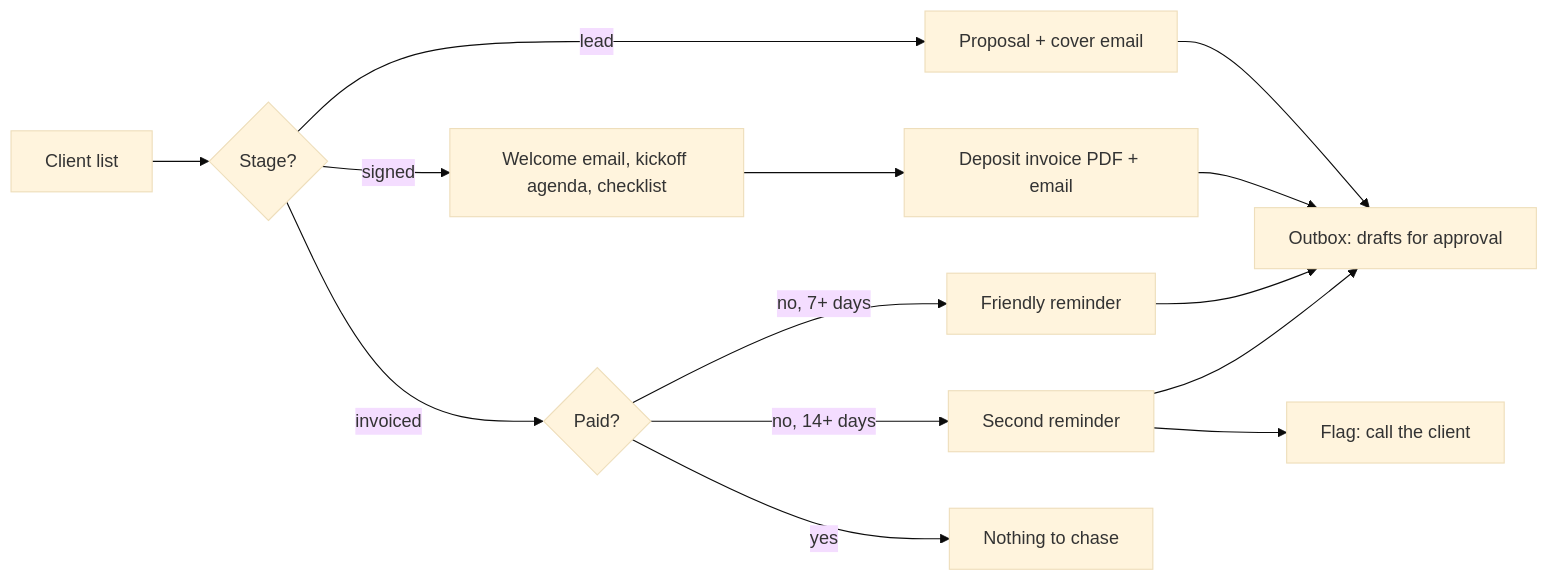
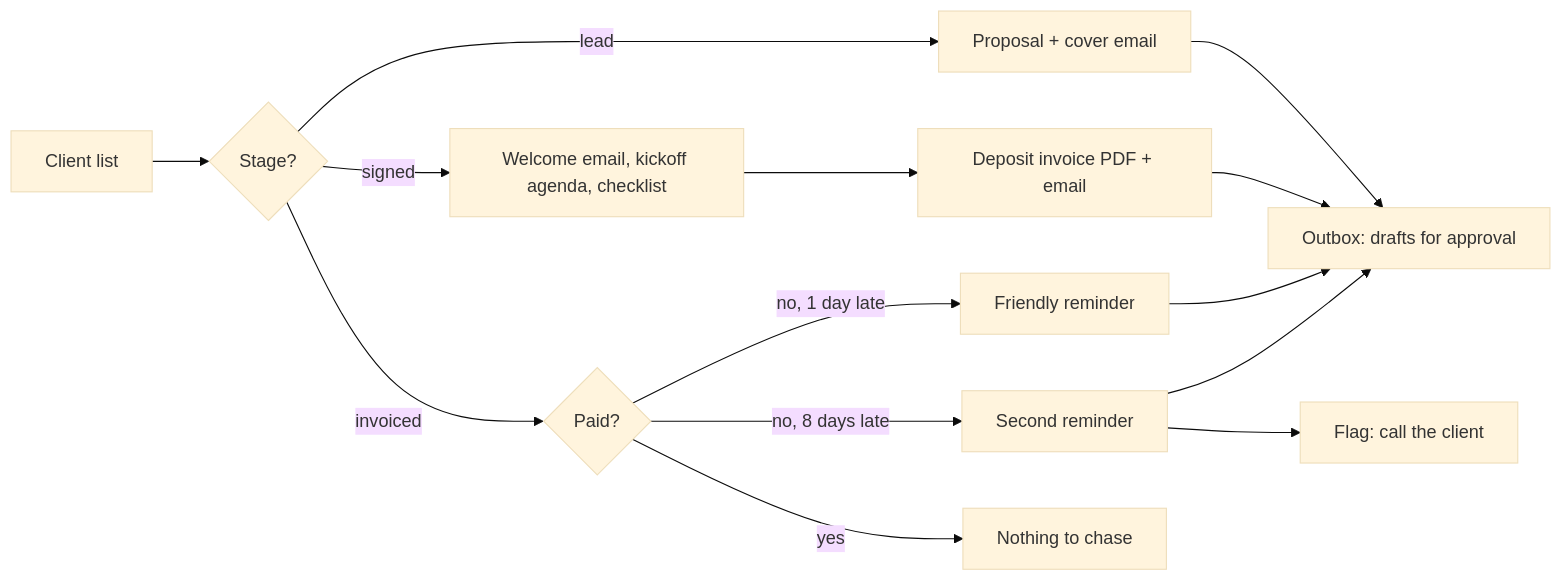
One commit to bragabriella97/ai-automations-portfolio changed the diagram in 06-client-lifecycle/README.md. Above: the diagram before and after it, drawn with Mermaid (base theme). The commit also changed other lines of this file and 45 other files, not shown here.

````diff
--- a/06-client-lifecycle/README.md
+++ b/06-client-lifecycle/README.md
@@ -13,13 +13,13 @@
 ```mermaid
 flowchart LR
     A[Client list] --> B{Stage?}
     B -- lead --> C[Proposal + cover email]
     B -- signed --> D[Welcome email, kickoff agenda, checklist]
     D --> E[Deposit invoice PDF + email]
     B -- invoiced --> F{Paid?}
-    F -- no, 7+ days --> G[Friendly reminder]
-    F -- no, 14+ days --> H[Second reminder]
+    F -- no, 1 day late --> G[Friendly reminder]
+    F -- no, 8 days late --> H[Second reminder]
     H --> I[Flag: call the client]
     F -- yes --> J[Nothing to chase]
     C & E & G & H --> K[Outbox: drafts for approval]
 ```
````
